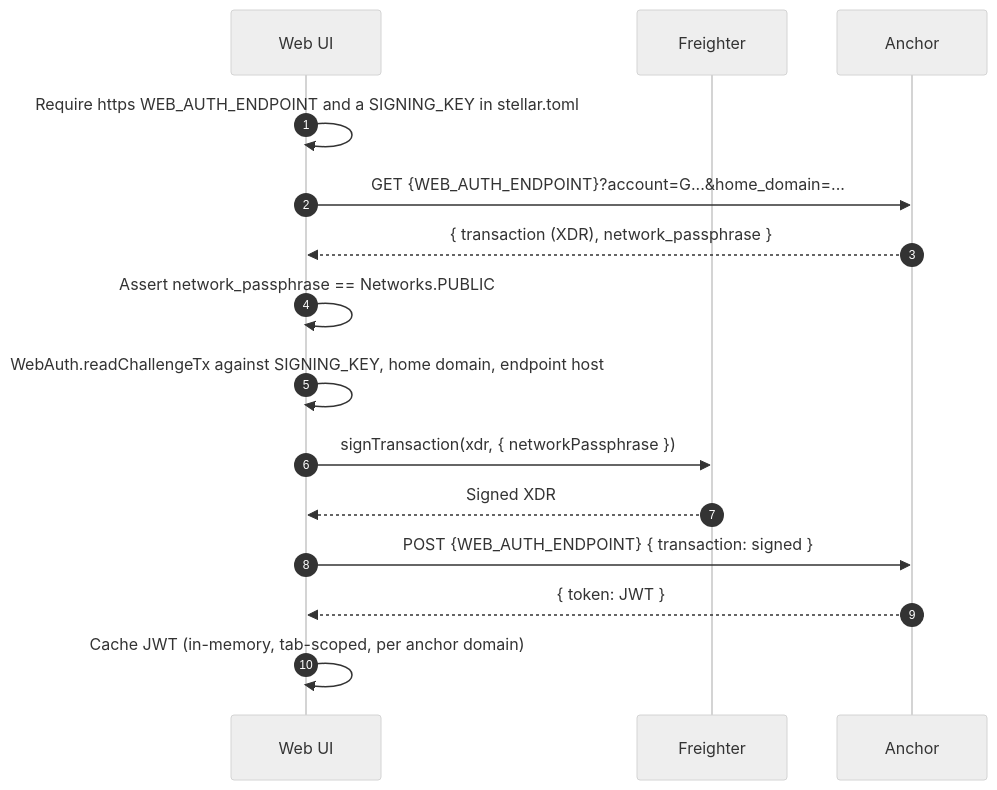
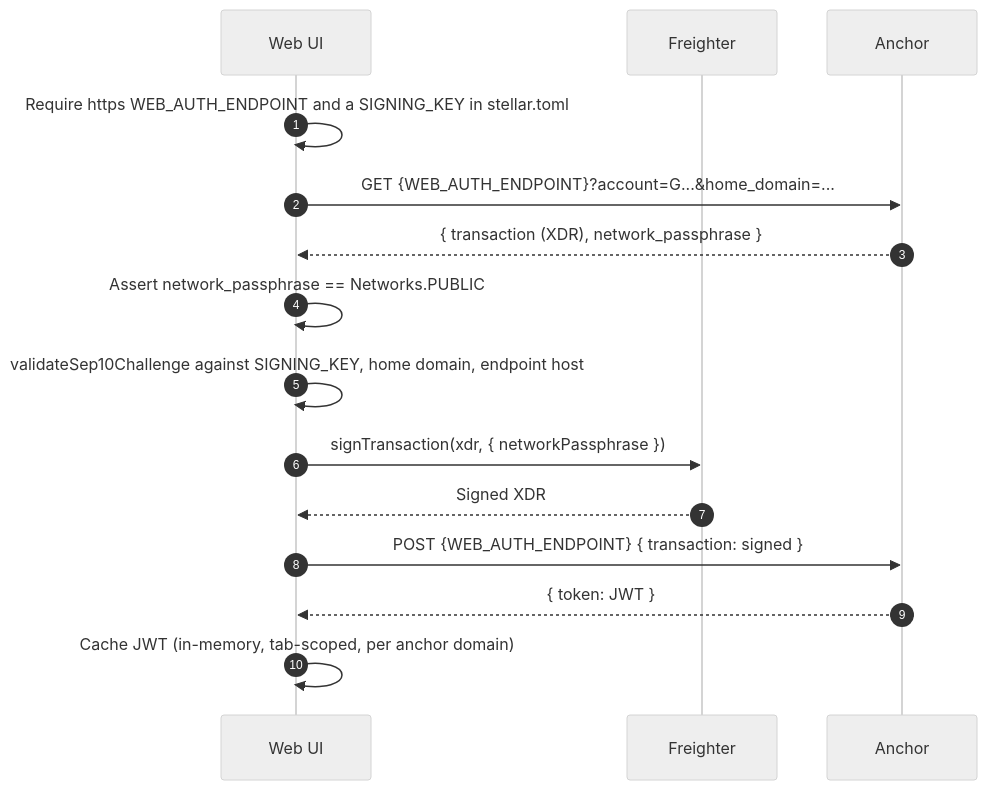
One commit to ezedike-evan/stellar-intel changed the third of 6 diagrams in docs/ARCHITECTURE.md. Above: the diagram before and after it, drawn with Mermaid (neutral theme). The commit also changed other lines of this file and 6 other files, not shown here.

````diff
--- a/docs/ARCHITECTURE.md
+++ b/docs/ARCHITECTURE.md
@@ -207,18 +207,18 @@
 ```mermaid
 sequenceDiagram
   autonumber
   participant UI as Web UI
   participant F as Freighter
   participant A as Anchor
 
   UI->>UI: Require https WEB_AUTH_ENDPOINT and a SIGNING_KEY in stellar.toml
   UI->>A: GET {WEB_AUTH_ENDPOINT}?account=G...&home_domain=...
   A-->>UI: { transaction (XDR), network_passphrase }
   UI->>UI: Assert network_passphrase == Networks.PUBLIC
-  UI->>UI: WebAuth.readChallengeTx against SIGNING_KEY, home domain, endpoint host
+  UI->>UI: validateSep10Challenge against SIGNING_KEY, home domain, endpoint host
   UI->>F: signTransaction(xdr, { networkPassphrase })
   F-->>UI: Signed XDR
   UI->>A: POST {WEB_AUTH_ENDPOINT} { transaction: signed }
   A-->>UI: { token: JWT }
   UI->>UI: Cache JWT (in-memory, tab-scoped, per anchor domain)
 ```
````
